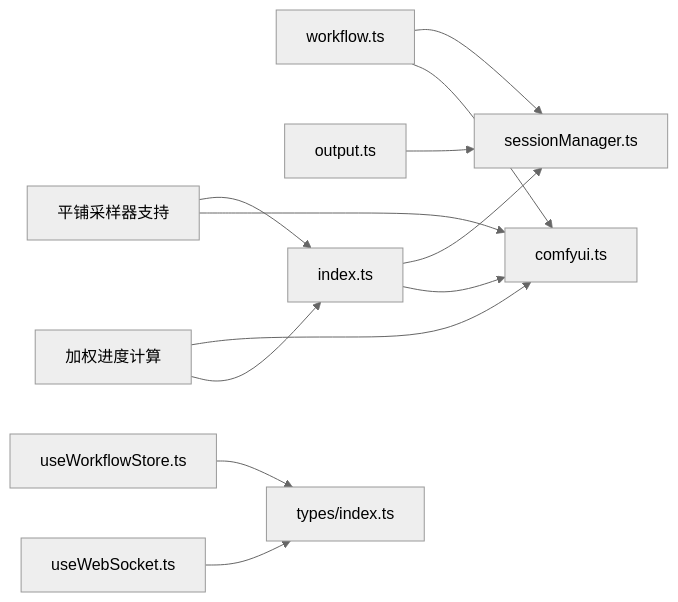
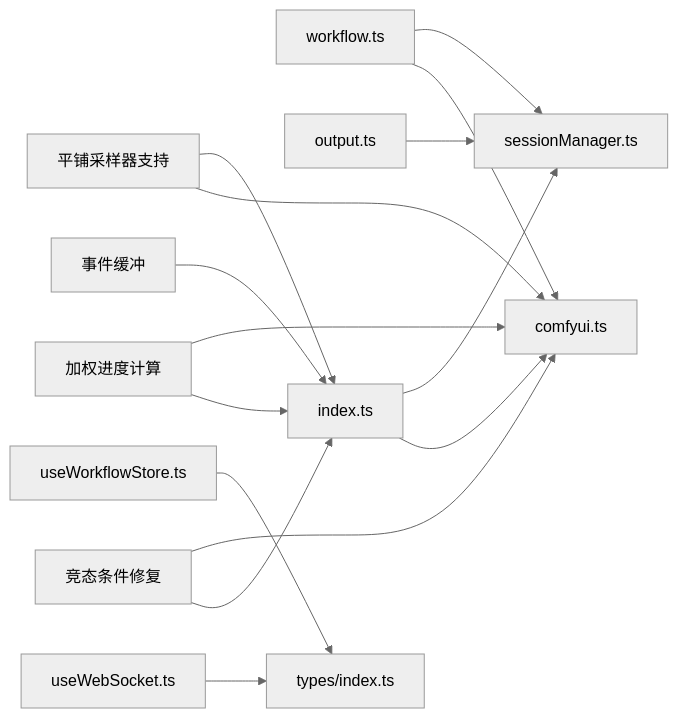
One commit to billye220670/CorineKit_Pix2Real changed the seventh of 7 diagrams in .qoder/repowiki/zh/content/后端服务/ComfyUI 集成.md. Above: the diagram before and after it, drawn with Mermaid (neutral theme). The commit also changed other lines of this file and 11 other files, not shown here.

````diff
--- a/.qoder/repowiki/zh/content/后端服务/ComfyUI 集成.md
+++ b/.qoder/repowiki/zh/content/后端服务/ComfyUI 集成.md
@@ -527,14 +618,17 @@
 ```mermaid
 graph LR
 WF["workflow.ts"] --> SVC["comfyui.ts"]
 WF --> SM["sessionManager.ts"]
 OUT["output.ts"] --> SM
 IDX["index.ts"] --> SVC
 IDX --> SM
 FE_WS["useWebSocket.ts"] --> FE_TYPES["types/index.ts"]
 FE_STORE["useWorkflowStore.ts"] --> FE_TYPES
+RACE["竞态条件修复"] --> IDX
+RACE --> SVC
+EVENT["事件缓冲"] --> IDX
 PROGRESS["加权进度计算"] --> IDX
 PROGRESS --> SVC
 TILED["平铺采样器支持"] --> SVC
 TILED --> IDX
 ```
````
